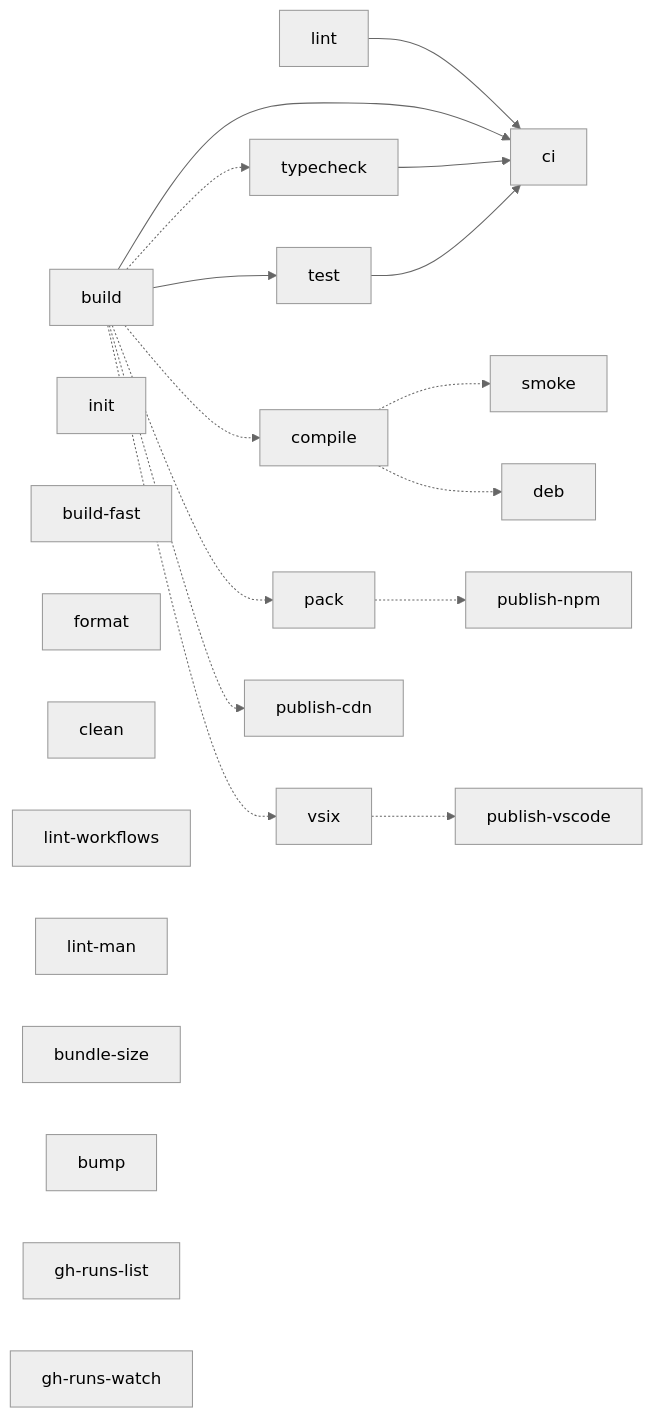
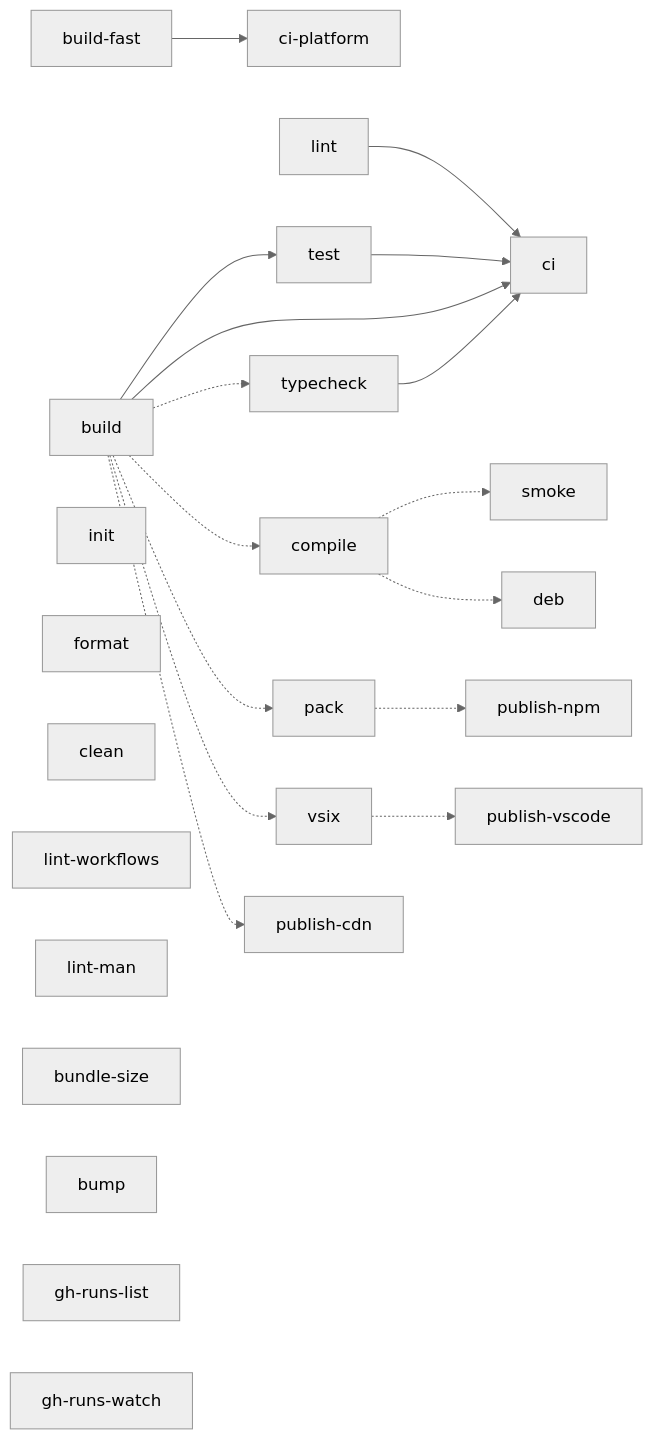
The diagram in Makefile.md (lolay/nowline), drawn with Mermaid (neutral theme) before and after one commit. The commit also changed other lines of this file and 10 other files, not shown here.

````diff
--- a/Makefile.md
+++ b/Makefile.md
@@ -12,35 +12,35 @@
 ```mermaid
 graph LR
     %% solid = hard prerequisite (make runs the left target first)
     build --> test
     lint --> ci
     build --> ci
     typecheck --> ci
     test --> ci
+    build_fast["build-fast"] --> ci_platform["ci-platform"]
 
     %% dotted = consumes the left target's output but is not a hard make
     %% prerequisite: typecheck is ordered after build inside ci instead, and
     %% the release artifacts come from a separate CI job (see "Why publish-*
     %% don't hard-depend on build" below)
     build -.-> typecheck
     build -.-> compile
     compile -.-> smoke
     compile -.-> deb
     build -.-> pack
     build -.-> vsix
     pack -.-> publish_npm["publish-npm"]
     vsix -.-> publish_vscode["publish-vscode"]
     build -.-> publish_cdn["publish-cdn"]
 
     %% standalone
     init
-    build_fast["build-fast"]
     format
     clean
     lint_workflows["lint-workflows"]
     lint_man["lint-man"]
     bundle_size["bundle-size"]
     bump
     gh_runs_list["gh-runs-list"]
     gh_runs_watch["gh-runs-watch"]
 ```
````
